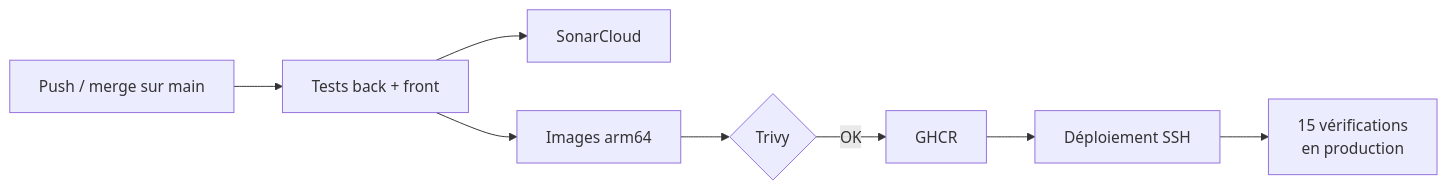
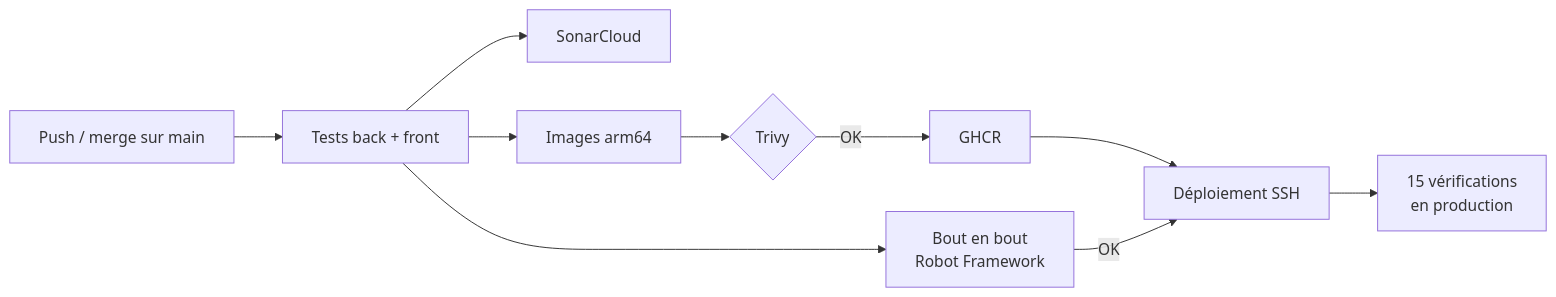
Before and after one commit to Matfen2/mecadetect: the second of 2 diagrams in README.md, drawn with Mermaid. The commit also changed other lines of this file, not shown here.

Commit message:
docs: README à jour pour le Sprint 6 (tests de bout en bout)

````diff
--- a/README.md
+++ b/README.md
@@ -82,10 +84,12 @@
 ```mermaid
 flowchart LR
     P[Push / merge sur main] --> T[Tests back + front]
     T --> Q[SonarCloud]
+    T --> E[Bout en bout<br/>Robot Framework]
     T --> I[Images arm64]
     I --> V{Trivy}
     V -- OK --> G[GHCR]
     G --> D[Déploiement SSH]
+    E -- OK --> D
     D --> W[15 vérifications<br/>en production]
 ```
````
